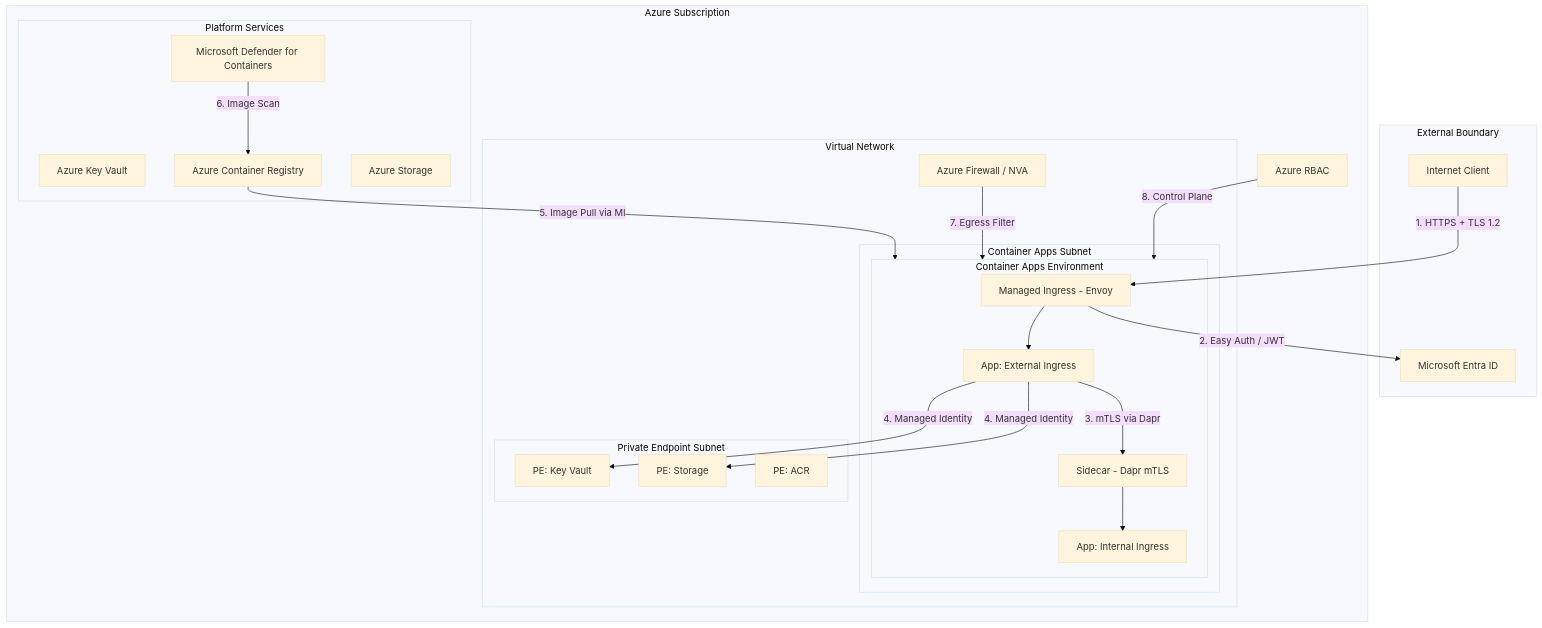
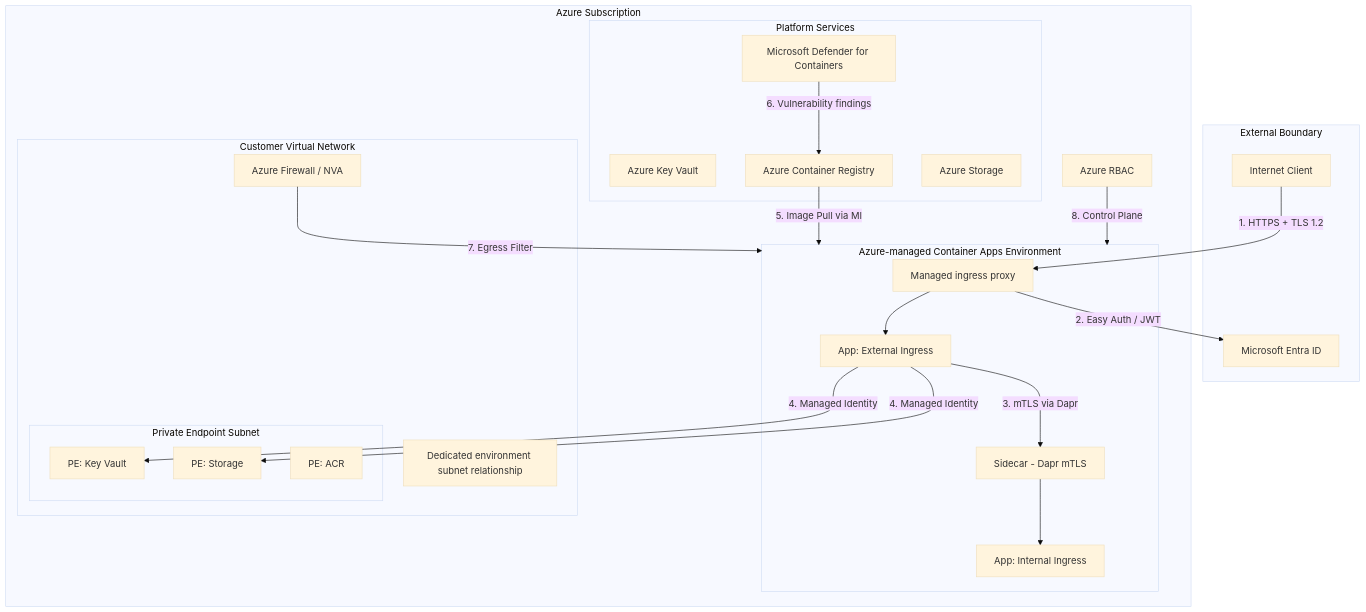
One commit to yeongseon/azure-container-apps-practical-guide changed the first of 6 diagrams in docs/platform/security/index.md. Above: the diagram before and after it, drawn with Mermaid (base theme). The commit also changed other lines of this file and 3 other files, not shown here.

First line of the commit message:
docs(diagrams): migrate the Container Apps network isolation and no-ingress diagrams (#595)

````diff
--- a/docs/platform/security/index.md
+++ b/docs/platform/security/index.md
@@ -78,49 +95,49 @@
 ```mermaid
 flowchart TB
     subgraph External ["External Boundary"]
         U[Internet Client]
         AD[Microsoft Entra ID]
     end
 
     subgraph Azure ["Azure Subscription"]
-        subgraph VNet ["Virtual Network"]
-            subgraph Subnet ["Container Apps Subnet"]
-                subgraph Env ["Container Apps Environment"]
-                    ING[Managed Ingress - Envoy]
-                    APP1[App: External Ingress]
-                    APP2[App: Internal Ingress]
-                    SC[Sidecar - Dapr mTLS]
-                end
-            end
+        subgraph Env ["Azure-managed Container Apps Environment"]
+            ING[Managed ingress proxy]
+            APP1[App: External Ingress]
+            APP2[App: Internal Ingress]
+            SC[Sidecar - Dapr mTLS]
+        end
+
+        subgraph VNet ["Customer Virtual Network"]
+            Subnet["Dedicated environment subnet relationship"]
 
             subgraph PESubnet ["Private Endpoint Subnet"]
                 PE1["PE: Key Vault"]
                 PE2["PE: Storage"]
                 PE3["PE: ACR"]
             end
 
             FW[Azure Firewall / NVA]
         end
 
         subgraph Services ["Platform Services"]
             KV[Azure Key Vault]
             ACR[Azure Container Registry]
             ST[Azure Storage]
             DEF[Microsoft Defender for Containers]
         end
 
         RBAC[Azure RBAC]
     end
 
     U -- "1. HTTPS + TLS 1.2" --> ING
     ING -- "2. Easy Auth / JWT" --> AD
     ING --> APP1
     APP1 -- "3. mTLS via Dapr" --> SC
     SC --> APP2
     APP1 -- "4. Managed Identity" --> PE1
     APP1 -- "4. Managed Identity" --> PE2
     ACR -- "5. Image Pull via MI" --> Env
-    DEF -- "6. Image Scan" --> ACR
+    DEF -- "6. Vulnerability findings" --> ACR
     FW -- "7. Egress Filter" --> Env
     RBAC -- "8. Control Plane" --> Env
 ```
````
